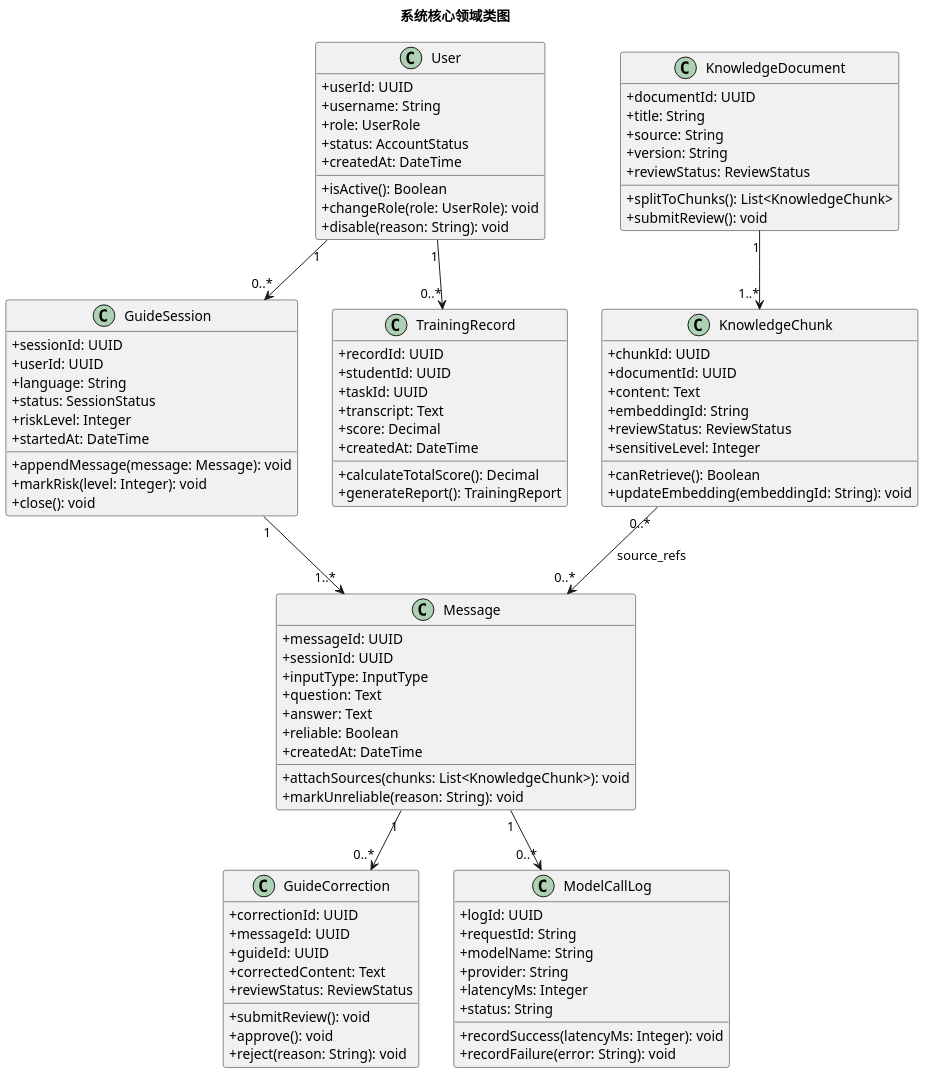
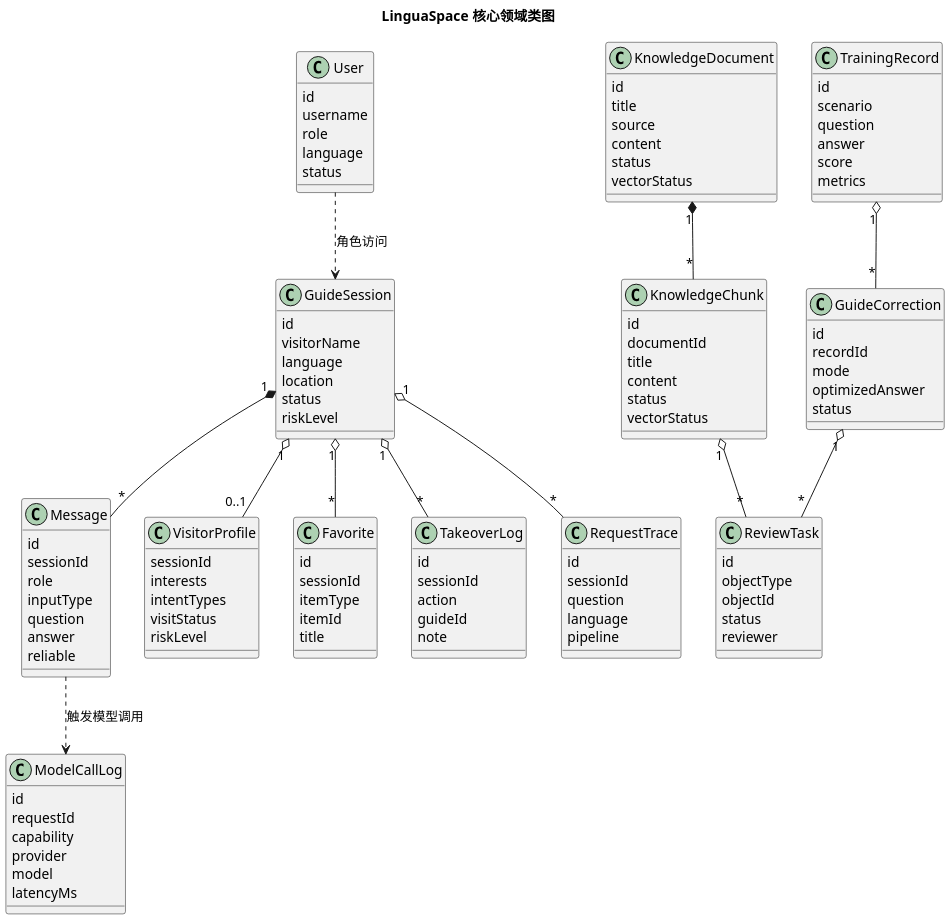
Before and after one commit to Unk1ndledAC/linguaspace: the diagram in docs/文档/figures/design-core-domain-class.puml, drawn with PlantUML. The commit also changed 80 other files, not shown here.

```diff
--- a/docs/文档/figures/design-core-domain-class.puml
+++ b/docs/文档/figures/design-core-domain-class.puml
@@ -1,96 +1,117 @@
 @startuml
 skinparam dpi 160
 skinparam shadowing false
 skinparam classAttributeIconSize 0
-title 系统核心领域类图
+title LinguaSpace 核心领域类图
 
 class User {
-  +userId: UUID
-  +username: String
-  +role: UserRole
-  +status: AccountStatus
-  +createdAt: DateTime
-  +isActive(): Boolean
-  +changeRole(role: UserRole): void
-  +disable(reason: String): void
+  id
+  username
+  role
+  language
+  status
 }
 class GuideSession {
-  +sessionId: UUID
-  +userId: UUID
-  +language: String
-  +status: SessionStatus
-  +riskLevel: Integer
-  +startedAt: DateTime
-  +appendMessage(message: Message): void
-  +markRisk(level: Integer): void
-  +close(): void
+  id
+  visitorName
+  language
+  location
+  status
+  riskLevel
 }
 class Message {
-  +messageId: UUID
-  +sessionId: UUID
-  +inputType: InputType
-  +question: Text
-  +answer: Text
-  +reliable: Boolean
-  +createdAt: DateTime
-  +attachSources(chunks: List<KnowledgeChunk>): void
-  +markUnreliable(reason: String): void
+  id
+  sessionId
+  role
+  inputType
+  question
+  answer
+  reliable
+}
+class VisitorProfile {
+  sessionId
+  interests
+  intentTypes
+  visitStatus
+  riskLevel
+}
+class Favorite {
+  id
+  sessionId
+  itemType
+  itemId
+  title
+}
+class TakeoverLog {
+  id
+  sessionId
+  action
+  guideId
+  note
 }
 class KnowledgeDocument {
-  +documentId: UUID
-  +title: String
-  +source: String
-  +version: String
-  +reviewStatus: ReviewStatus
-  +splitToChunks(): List<KnowledgeChunk>
-  +submitReview(): void
+  id
+  title
+  source
+  content
+  status
+  vectorStatus
 }
 class KnowledgeChunk {
-  +chunkId: UUID
-  +documentId: UUID
-  +content: Text
-  +embeddingId: String
-  +reviewStatus: ReviewStatus
-  +sensitiveLevel: Integer
-  +canRetrieve(): Boolean
-  +updateEmbedding(embeddingId: String): void
+  id
+  documentId
+  title
+  content
+  status
+  vectorStatus
+}
+class ReviewTask {
+  id
+  objectType
+  objectId
+  status
+  reviewer
 }
 class TrainingRecord {
-  +recordId: UUID
-  +studentId: UUID
-  +taskId: UUID
-  +transcript: Text
-  +score: Decimal
-  +createdAt: DateTime
-  +calculateTotalScore(): Decimal
-  +generateReport(): TrainingReport
+  id
+  scenario
+  question
+  answer
+  score
+  metrics
 }
 class GuideCorrection {
-  +correctionId: UUID
-  +messageId: UUID
-  +guideId: UUID
-  +correctedContent: Text
-  +reviewStatus: ReviewStatus
-  +submitReview(): void
-  +approve(): void
-  +reject(reason: String): void
+  id
+  recordId
+  mode
+  optimizedAnswer
+  status
 }
 class ModelCallLog {
-  +logId: UUID
-  +requestId: String
-  +modelName: String
-  +provider: String
-  +latencyMs: Integer
-  +status: String
-  +recordSuccess(latencyMs: Integer): void
-  +recordFailure(error: String): void
+  id
+  requestId
+  capability
+  provider
+  model
+  latencyMs
+}
+class RequestTrace {
+  id
+  sessionId
+  question
+  language
+  pipeline
 }
 
-User "1" --> "0..*" GuideSession
-GuideSession "1" --> "1..*" Message
-KnowledgeDocument "1" --> "1..*" KnowledgeChunk
-Message "1" --> "0..*" ModelCallLog
-Message "1" --> "0..*" GuideCorrection
-User "1" --> "0..*" TrainingRecord
-KnowledgeChunk "0..*" --> "0..*" Message : source_refs
+GuideSession "1" *-- "*" Message
+GuideSession "1" o-- "0..1" VisitorProfile
+GuideSession "1" o-- "*" Favorite
+GuideSession "1" o-- "*" TakeoverLog
+KnowledgeDocument "1" *-- "*" KnowledgeChunk
+KnowledgeChunk "1" o-- "*" ReviewTask
+GuideCorrection "1" o-- "*" ReviewTask
+TrainingRecord "1" o-- "*" GuideCorrection
+GuideSession "1" o-- "*" RequestTrace
+Message ..> ModelCallLog : 触发模型调用
+User ..> GuideSession : 角色访问
 @enduml
```
